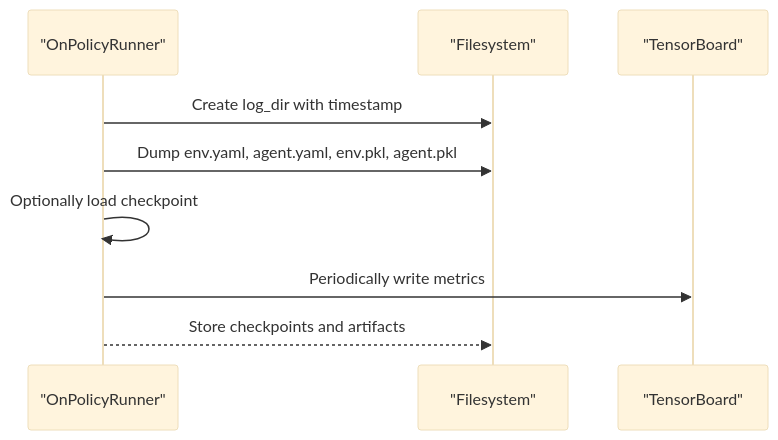
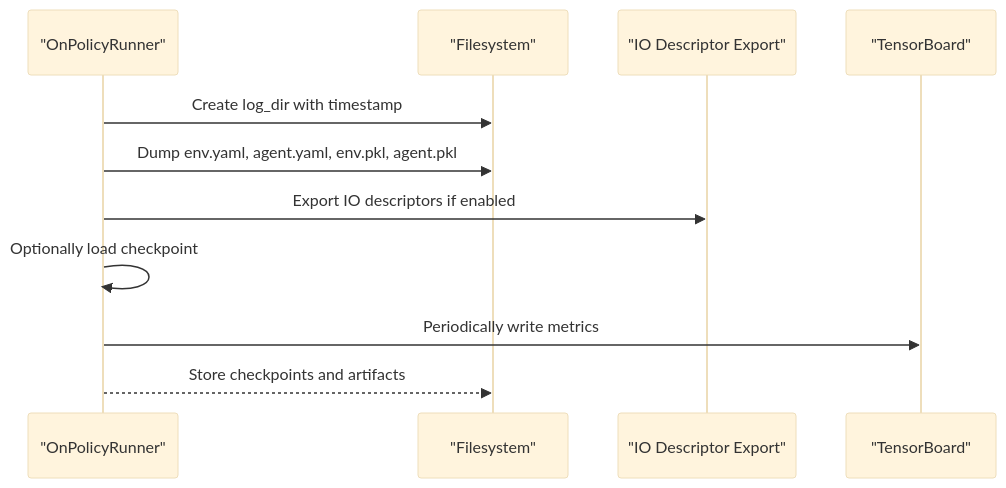
The fifth of 10 diagrams in .qoder/repowiki/en/content/Training and Experimentation/Training and Experimentation.md (jayjayhust/extreme-quadruped-parkour), drawn with Mermaid (base theme) before and after one commit. The commit also changed other lines of this file and 444 other files, not shown here.

````diff
--- a/.qoder/repowiki/en/content/Training and Experimentation/Training and Experimentation.md
+++ b/.qoder/repowiki/en/content/Training and Experimentation/Training and Experimentation.md
@@ -131,11 +191,13 @@
 ```mermaid
 sequenceDiagram
 participant Runner as "OnPolicyRunner"
 participant FS as "Filesystem"
+participant IO as "IO Descriptor Export"
 participant TB as "TensorBoard"
 Runner->>FS : Create log_dir with timestamp
 Runner->>FS : Dump env.yaml, agent.yaml, env.pkl, agent.pkl
+Runner->>IO : Export IO descriptors if enabled
 Runner->>Runner : Optionally load checkpoint
 Runner->>TB : Periodically write metrics
 Runner-->>FS : Store checkpoints and artifacts
 ```
````
